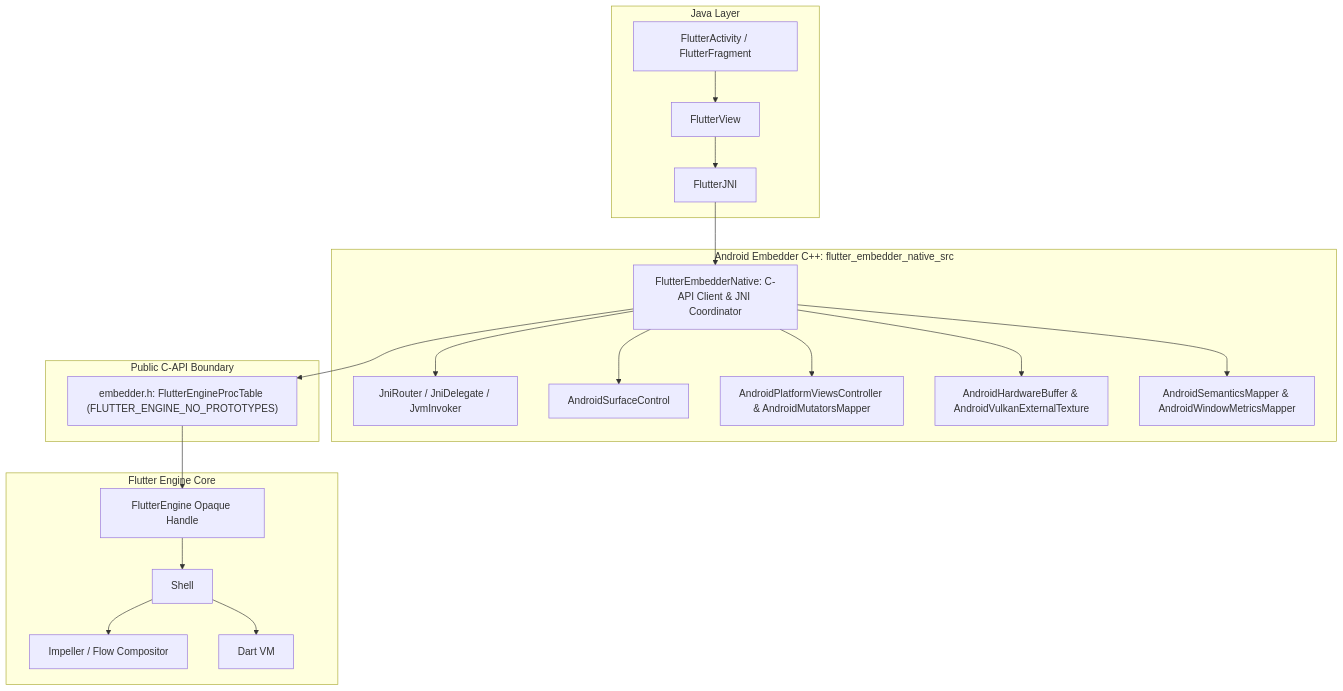
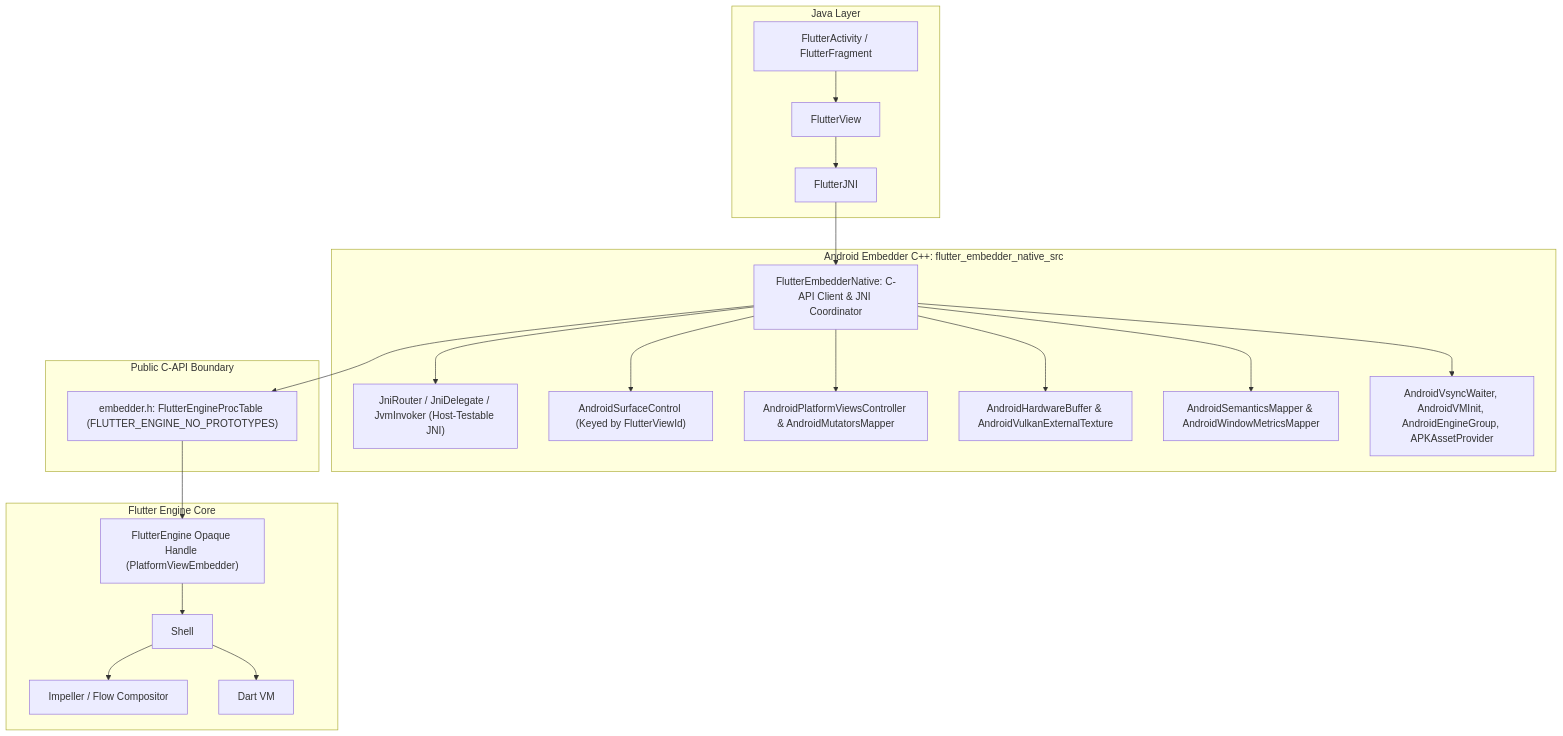
Before and after one commit to flutter/rfc: diagram 11 of 16 in rfc/410.0000-flutter-android-embedder-c-api-migration.md, drawn with Mermaid. The commit also changed other lines of this file, not shown here.

Commit message:
Hatch any unnecessary context and simplify with sequence diagram

````diff
--- a/rfc/410.0000-flutter-android-embedder-c-api-migration.md
+++ b/rfc/410.0000-flutter-android-embedder-c-api-migration.md
@@ -1736,42 +1103,40 @@
 ```mermaid
 flowchart TD
     subgraph Java Layer
         Activity["FlutterActivity / FlutterFragment"]
         FlutterView["FlutterView"]
         FlutterJNI["FlutterJNI"]
     end
 
     subgraph Android Embedder C++: flutter_embedder_native_src
         FlutterEmbedderNative["FlutterEmbedderNative: C-API Client & JNI Coordinator"]
-        JniRouter["JniRouter / JniDelegate / JvmInvoker"]
-        SurfaceControl["AndroidSurfaceControl"]
+        JniRouter["JniRouter / JniDelegate / JvmInvoker (Host-Testable JNI)"]
+        SurfaceControl["AndroidSurfaceControl (Keyed by FlutterViewId)"]
         PlatformViews["AndroidPlatformViewsController & AndroidMutatorsMapper"]
         Textures["AndroidHardwareBuffer & AndroidVulkanExternalTexture"]
         Mappers["AndroidSemanticsMapper & AndroidWindowMetricsMapper"]
+        VsyncAssets["AndroidVsyncWaiter, AndroidVMInit, AndroidEngineGroup, APKAssetProvider"]
     end
 
     subgraph Public C-API Boundary
         EmbedderH["embedder.h: FlutterEngineProcTable (FLUTTER_ENGINE_NO_PROTOTYPES)"]
     end
 
     subgraph Flutter Engine Core
-        FlutterEngineOpaque["FlutterEngine Opaque Handle"]
+        FlutterEngineOpaque["FlutterEngine Opaque Handle (PlatformViewEmbedder)"]
         Shell["Shell"]
         ImpellerFlow["Impeller / Flow Compositor"]
         DartVM["Dart VM"]
     end
 
-    Activity --> FlutterView
-    FlutterView --> FlutterJNI
-    FlutterJNI --> FlutterEmbedderNative
+    Activity --> FlutterView --> FlutterJNI --> FlutterEmbedderNative
     FlutterEmbedderNative --> JniRouter
     FlutterEmbedderNative --> SurfaceControl
     FlutterEmbedderNative --> PlatformViews
     FlutterEmbedderNative --> Textures
     FlutterEmbedderNative --> Mappers
-    FlutterEmbedderNative --> EmbedderH
-    EmbedderH --> FlutterEngineOpaque
-    FlutterEngineOpaque --> Shell
+    FlutterEmbedderNative --> VsyncAssets
+    FlutterEmbedderNative --> EmbedderH --> FlutterEngineOpaque --> Shell
     Shell --> ImpellerFlow
     Shell --> DartVM
 ```
````
